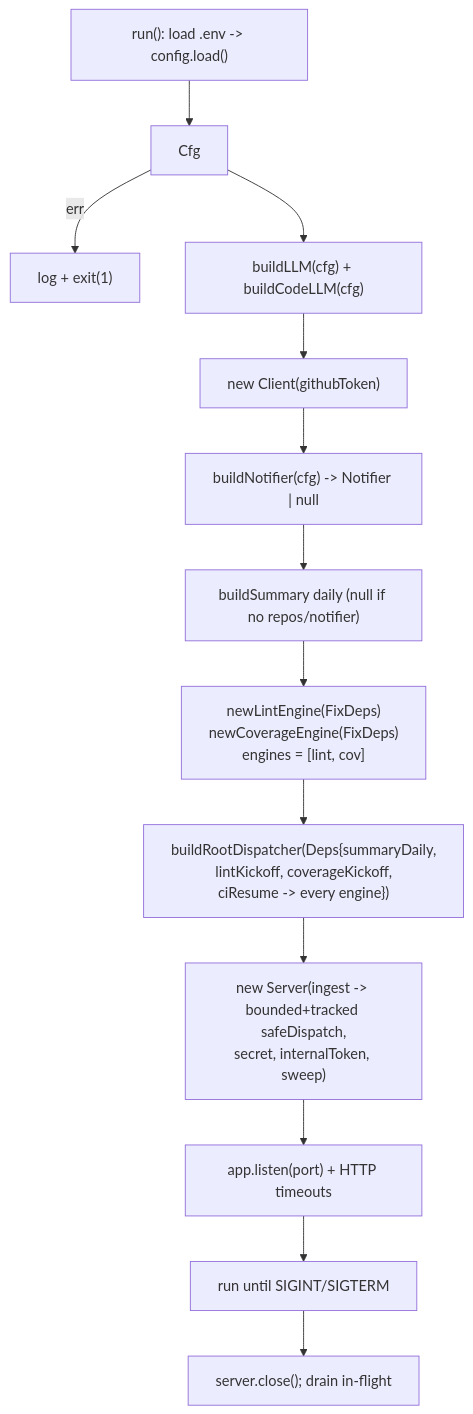
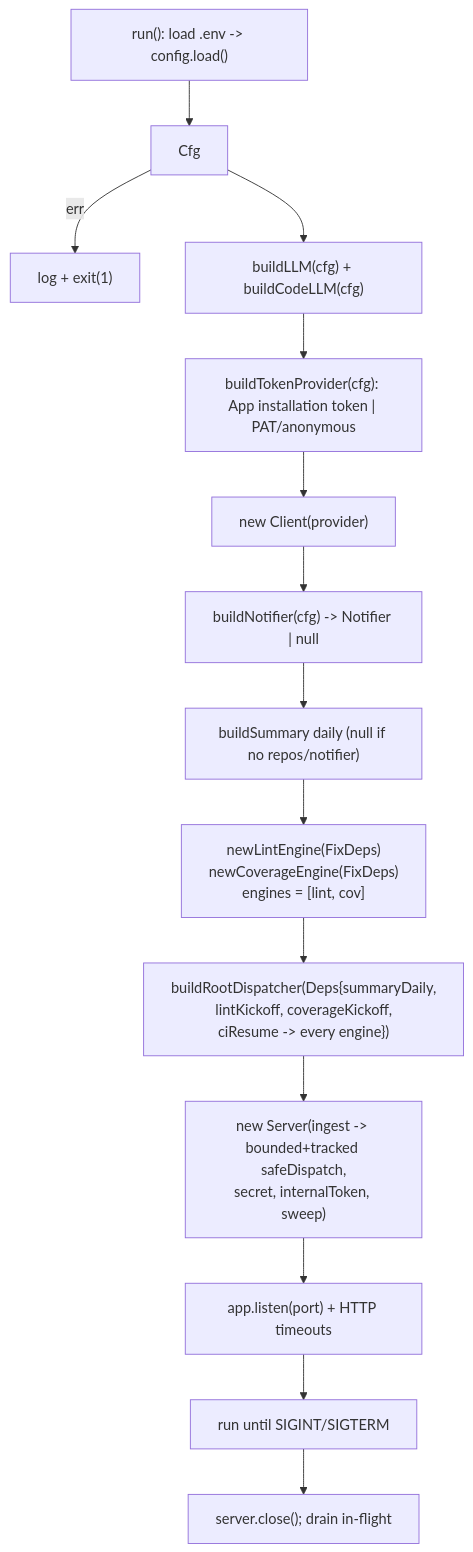
Before and after one commit to jkjamies/automation-agent: the diagram in javascript/cmd/agent/AGENTS.md, drawn with Mermaid. The commit also changed 21 other files, not shown here.

First line of the commit message:
Add GitHub App authentication to the JS port + keep the git token off disk (JS & Python) (#15)

````diff
--- a/javascript/cmd/agent/AGENTS.md
+++ b/javascript/cmd/agent/AGENTS.md
@@ -5,15 +5,16 @@
 ```mermaid
 flowchart TD
     Main["run(): load .env -> config.load()"] --> Cfg
     Cfg -->|err| Fatal["log + exit(1)"]
     Cfg --> LLM["buildLLM(cfg) + buildCodeLLM(cfg)"]
-    LLM --> GH["new Client(githubToken)"]
+    LLM --> Prov["buildTokenProvider(cfg): App installation token | PAT/anonymous"]
+    Prov --> GH["new Client(provider)"]
     GH --> Notif["buildNotifier(cfg) -> Notifier | null"]
     Notif --> SumA["buildSummary daily (null if no repos/notifier)"]
     SumA --> Eng["newLintEngine(FixDeps)\nnewCoverageEngine(FixDeps)\nengines = [lint, cov]"]
     Eng --> Disp["buildRootDispatcher(Deps{summaryDaily,\nlintKickoff, coverageKickoff,\nciResume -> every engine})"]
     Disp --> Web["new Server(ingest -> bounded+tracked safeDispatch,\nsecret, internalToken, sweep)"]
     Web --> Listen["app.listen(port) + HTTP timeouts"]
     Listen --> Block["run until SIGINT/SIGTERM"]
     Block --> Shutdown["server.close(); drain in-flight"]
 ```
````
